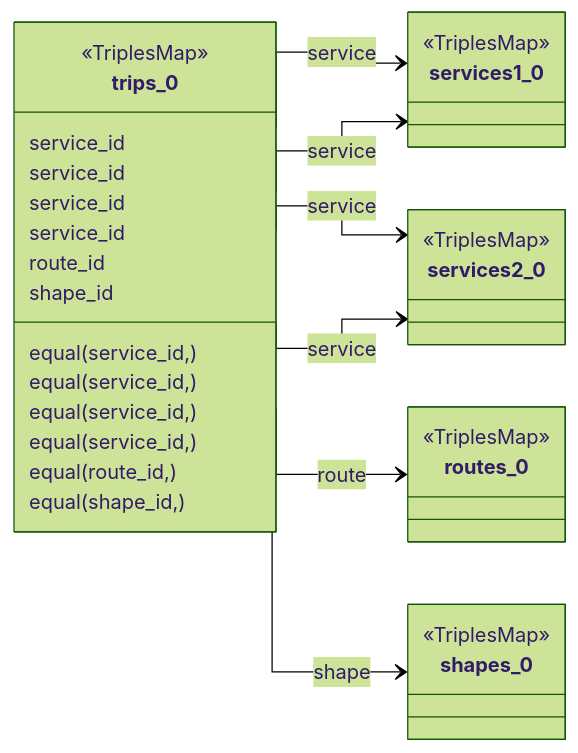
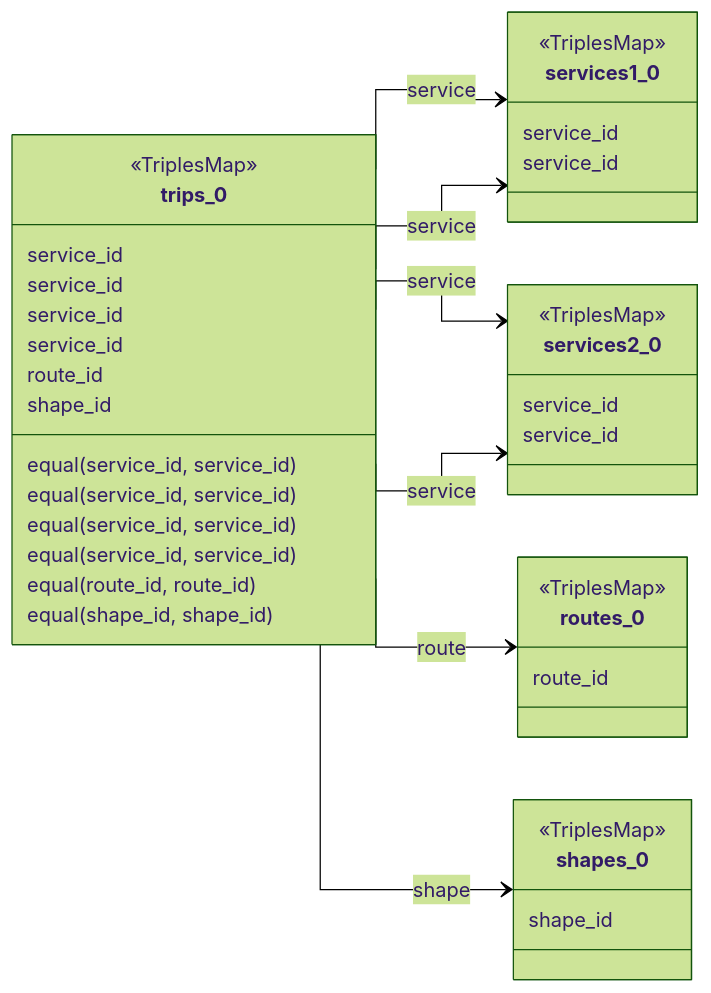
The sixth of 26 diagrams in src/RDFMappingDocumentation/out.md (oeg-upm/rmldoc), drawn with Mermaid before and after one commit. The commit also changed other lines of this file, not shown here.

````diff
--- a/src/RDFMappingDocumentation/out.md
+++ b/src/RDFMappingDocumentation/out.md
@@ -159,42 +198,42 @@
 ```mermaid
 %%{ init : { "theme" : "forest", "flowchart" : { "curve" : "stepBefore" }}}%%
 classDiagram
 direction LR
 trips_0 --> services1_0 : service
 trips_0: service_id
-trips_0: equal(service_id, )
-services1_0: 
-<<TriplesMap>> trips_0 
-<<TriplesMap>> services1_0
-trips_0 --> services1_0 : service
-trips_0: service_id
-trips_0: equal(service_id, )
-services1_0: 
+trips_0: equal(service_id, service_id)
+services1_0: service_id
 <<TriplesMap>> trips_0 
 <<TriplesMap>> services1_0
 trips_0 --> services2_0 : service
 trips_0: service_id
-trips_0: equal(service_id, )
-services2_0: 
+trips_0: equal(service_id, service_id)
+services2_0: service_id
 <<TriplesMap>> trips_0 
 <<TriplesMap>> services2_0
+trips_0 --> services1_0 : service
+trips_0: service_id
+trips_0: equal(service_id, service_id)
+services1_0: service_id
+<<TriplesMap>> trips_0 
+<<TriplesMap>> services1_0
 trips_0 --> services2_0 : service
 trips_0: service_id
-trips_0: equal(service_id, )
-services2_0: 
+trips_0: equal(service_id, service_id)
+services2_0: service_id
 <<TriplesMap>> trips_0 
 <<TriplesMap>> services2_0
 trips_0 --> routes_0 : route
 trips_0: route_id
-trips_0: equal(route_id, )
-routes_0: 
+trips_0: equal(route_id, route_id)
+routes_0: route_id
 <<TriplesMap>> trips_0 
 <<TriplesMap>> routes_0
 trips_0 --> shapes_0 : shape
 trips_0: shape_id
-trips_0: equal(shape_id, )
-shapes_0: 
+trips_0: equal(shape_id, shape_id)
+shapes_0: shape_id
 <<TriplesMap>> trips_0 
 <<TriplesMap>> shapes_0
    
 ``` 
````
